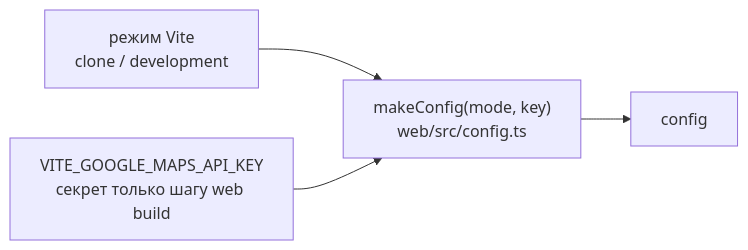
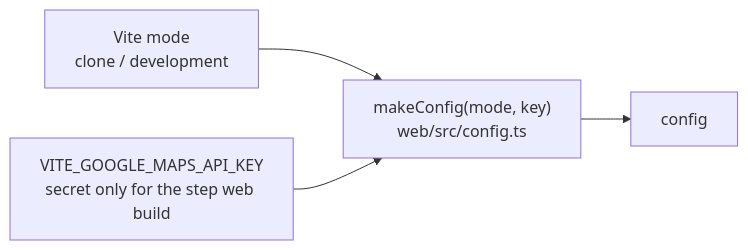
Before and after one commit to sergeycw/nakarte: the second of 2 diagrams in docs/architecture/client.md, drawn with Mermaid. The commit also changed other lines of this file and 11 other files, not shown here.

````diff
--- a/docs/architecture/client.md
+++ b/docs/architecture/client.md
@@ -60,10 +60,10 @@
 ```mermaid
 flowchart LR
-    mode["режим Vite<br/>clone / development"]
-    key["VITE_GOOGLE_MAPS_API_KEY<br/>секрет только шагу web build"]
+    mode["Vite mode<br/>clone / development"]
+    key["VITE_GOOGLE_MAPS_API_KEY<br/>secret only for the step web build"]
     make["makeConfig(mode, key)<br/>web/src/config.ts"]
     config["config"]
     mode --> make
     key --> make
     make --> config
 ```
````
